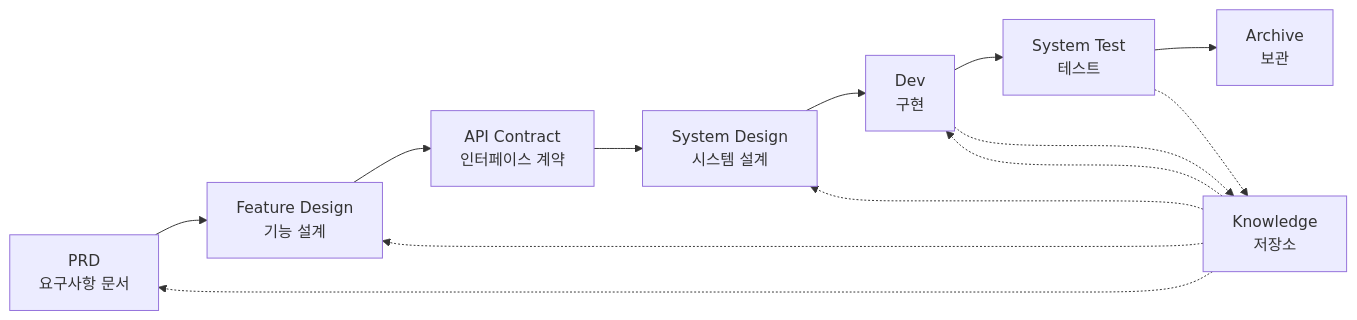
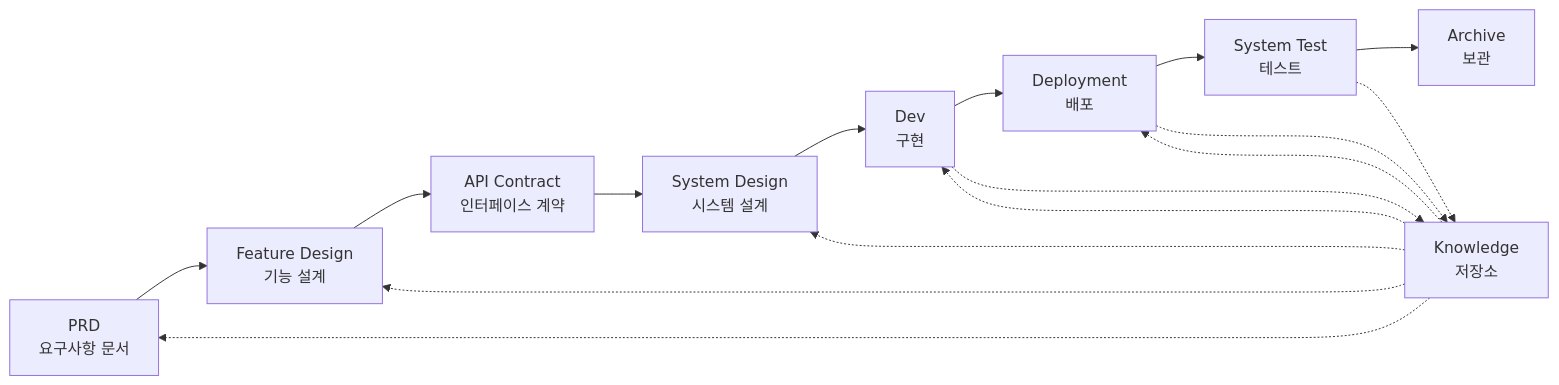
The diagram in README.ko.md (charlesmu99/speccrew), drawn with Mermaid before and after one commit. The commit also changed other lines of this file and 35 other files, not shown here.

````diff
--- a/README.ko.md
+++ b/README.ko.md
@@ -166,17 +166,20 @@
 ```mermaid
 graph LR
     A[PRD<br/>요구사항 문서] --> B[Feature Design<br/>기능 설계]
     B --> C[API Contract<br/>인터페이스 계약]
     C --> D[System Design<br/>시스템 설계]
     D --> E[Dev<br/>구현]
-    E --> F[System Test<br/>테스트]
-    F --> G[Archive<br/>보관]
+    E --> F[Deployment<br/>배포]
+    F --> G[System Test<br/>테스트]
+    G --> H[Archive<br/>보관]
     
-    H[Knowledge<br/>저장소] -.-> A
-    H -.-> B
-    H -.-> D
-    H -.-> E
+    I[Knowledge<br/>저장소] -.-> A
+    I -.-> B
+    I -.-> D
+    I -.-> E
+    I -.-> F
     
-    E -.-> H
-    F -.-> H
+    E -.-> I
+    F -.-> I
+    G -.-> I
 ```
````
